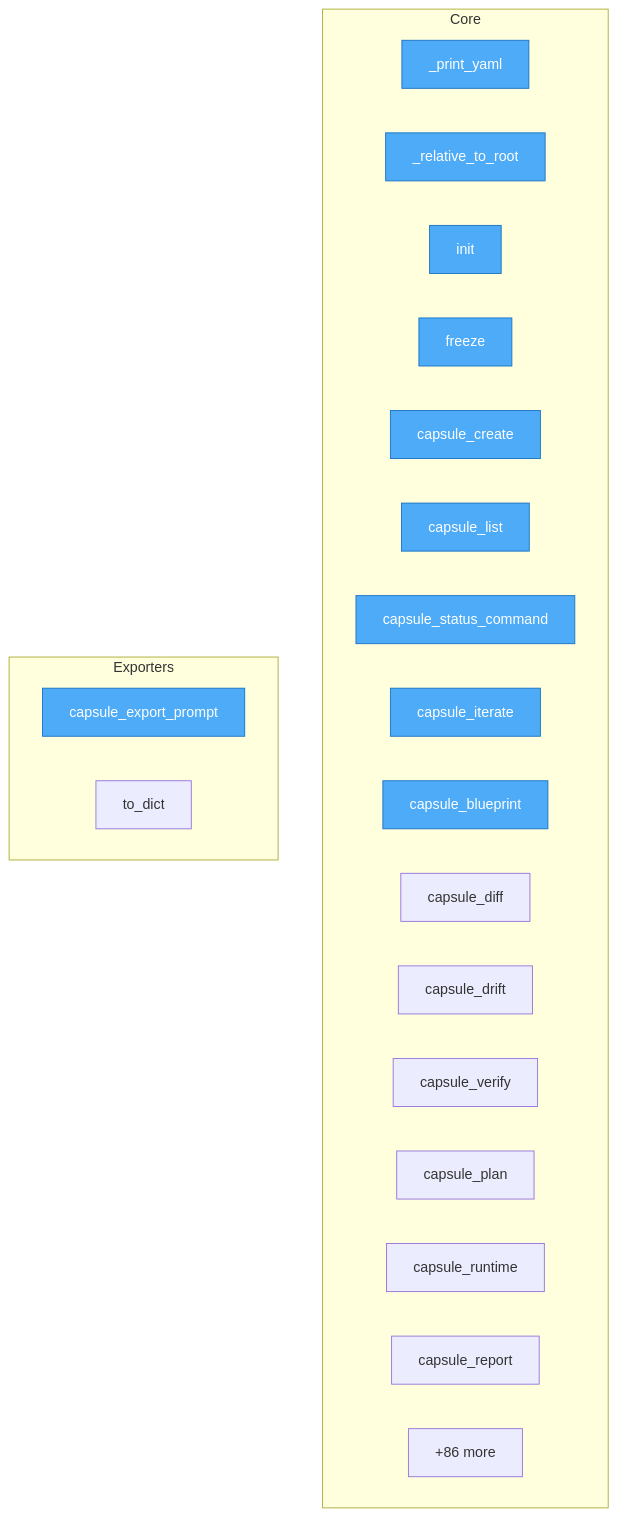
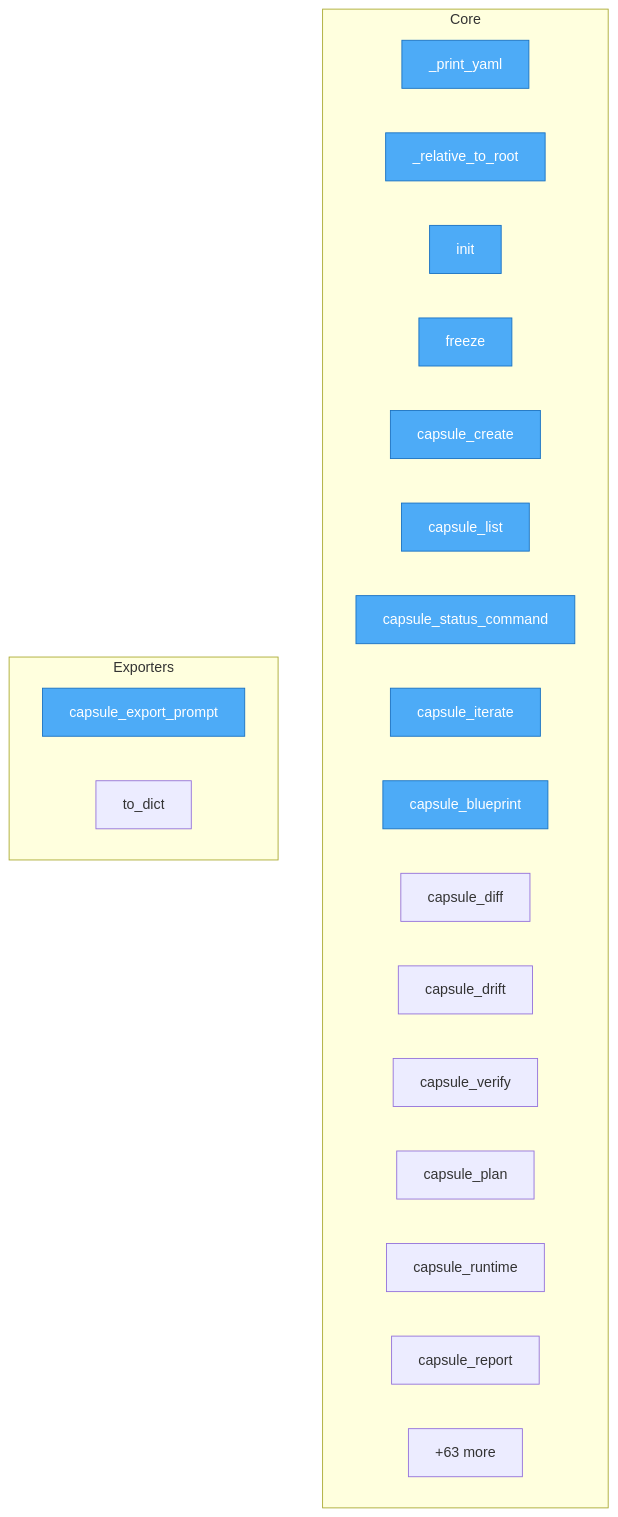
The diagram in project/flow.mmd (autogrammar/nexu), drawn with Mermaid before and after one commit. The commit also changed 33 other files, not shown here.

```diff
--- a/project/flow.mmd
+++ b/project/flow.mmd
@@ -1,31 +1,31 @@
 flowchart TD
 %% generated in 0.01s
 
     %% Entry points (blue)
     classDef entry fill:#4dabf7,stroke:#1971c2,color:#fff
 
     subgraph Core
         src__nexu__cli___print_yaml["_print_yaml"]
         src__nexu__cli___relative_to_root["_relative_to_root"]
         src__nexu__cli__init["init"]
         src__nexu__cli__freeze["freeze"]
         src__nexu__cli__capsule_create["capsule_create"]
         src__nexu__cli__capsule_list["capsule_list"]
         src__nexu__cli__capsule_status_command["capsule_status_command"]
         src__nexu__cli__capsule_iterate["capsule_iterate"]
         src__nexu__cli__capsule_blueprint["capsule_blueprint"]
         src__nexu__cli__capsule_diff["capsule_diff"]
         src__nexu__cli__capsule_drift["capsule_drift"]
         src__nexu__cli__capsule_verify["capsule_verify"]
         src__nexu__cli__capsule_plan["capsule_plan"]
         src__nexu__cli__capsule_runtime["capsule_runtime"]
         src__nexu__cli__capsule_report["capsule_report"]
-        ...["+86 more"]
+        ...["+63 more"]
     end
 
     subgraph Exporters
         src__nexu__cli__capsule_export_prompt["capsule_export_prompt"]
         src__vico__models__PromptExport__to_dict["to_dict"]
     end
 
     class src__nexu__cli___print_yaml,src__nexu__cli___relative_to_root,src__nexu__cli__init,src__nexu__cli__freeze,src__nexu__cli__capsule_create,src__nexu__cli__capsule_list,src__nexu__cli__capsule_status_command,src__nexu__cli__capsule_iterate,src__nexu__cli__capsule_blueprint,src__nexu__cli__capsule_export_prompt entry
```
